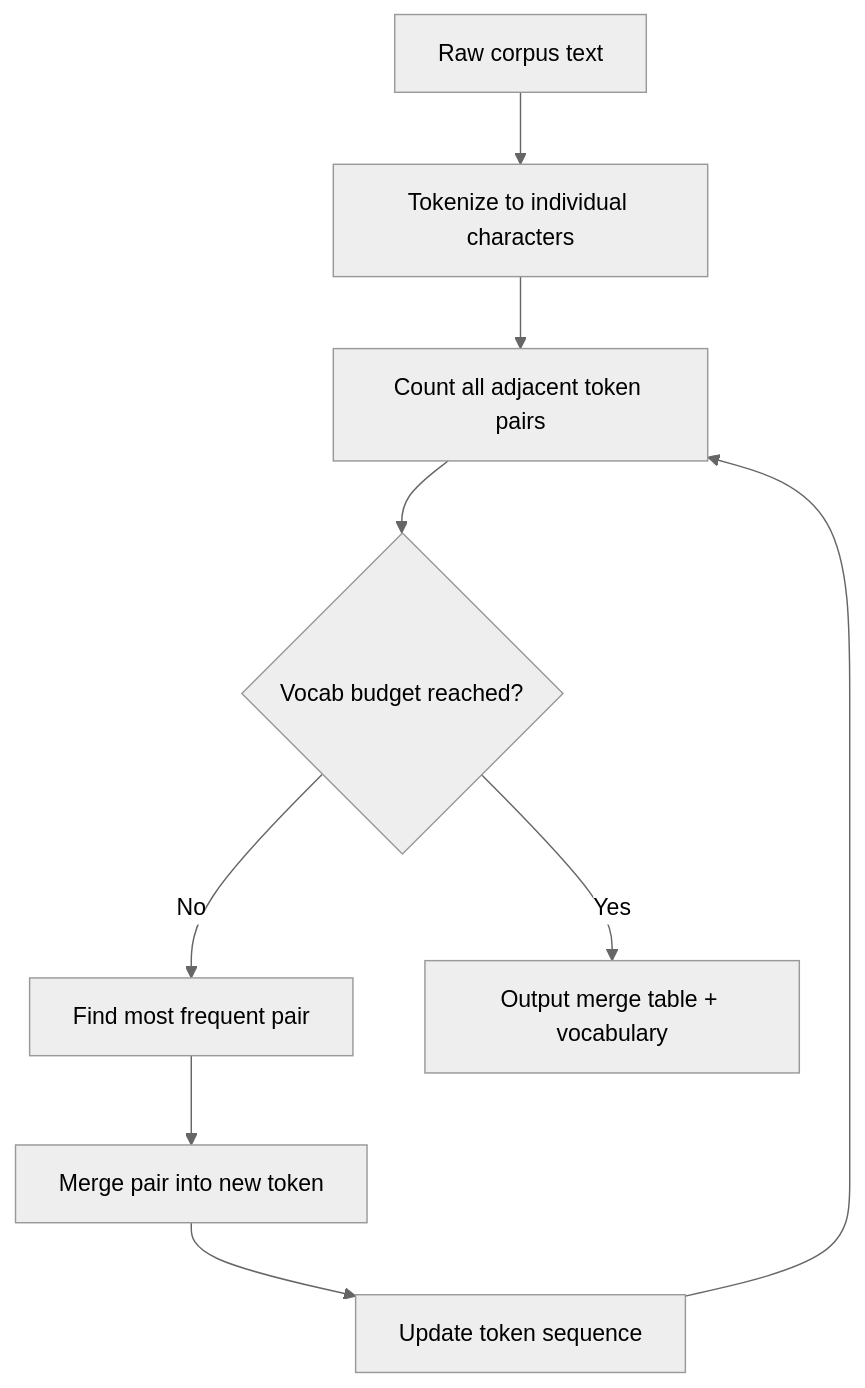
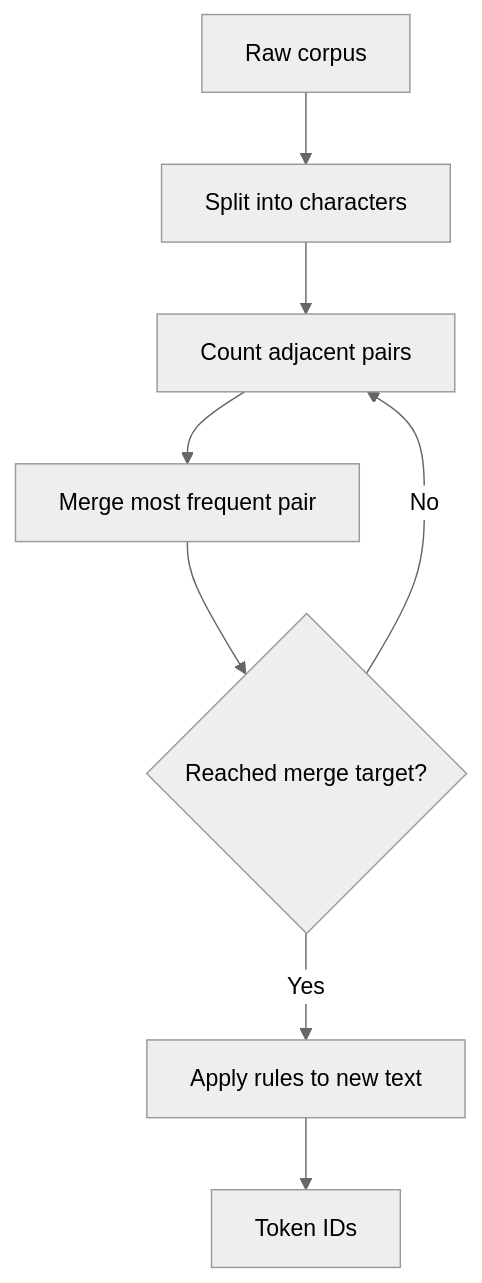
The diagram in stages/02-lesson-injection/output/hybrid-lessons/10-llms-from-scratch/02-building-a-tokenizer/docs/en.md (BlueSkyGTM/full-stack-gtm), drawn with Mermaid (neutral theme) before and after one commit. The commit also changed other lines of this file and 504 other files, not shown here.

````diff
--- a/stages/02-lesson-injection/output/hybrid-lessons/10-llms-from-scratch/02-building-a-tokenizer/docs/en.md
+++ b/stages/02-lesson-injection/output/hybrid-lessons/10-llms-from-scratch/02-building-a-tokenizer/docs/en.md
@@ -36,11 +29,10 @@
 ```mermaid
 flowchart TD
-    A[Raw corpus text] --> B[Tokenize to individual characters]
-    B --> C[Count all adjacent token pairs]
-    C --> D{Vocab budget reached?}
-    D -->|No| E[Find most frequent pair]
-    E --> F[Merge pair into new token]
-    F --> G[Update token sequence]
-    G --> C
-    D -->|Yes| H[Output merge table + vocabulary]
+    A["Raw corpus"] --> B["Split into characters"]
+    B --> C["Count adjacent pairs"]
+    C --> D["Merge most frequent pair"]
+    D --> E{"Reached merge target?"}
+    E -->|No| C
+    E -->|Yes| F["Apply rules to new text"]
+    F --> G["Token IDs"]
 ```
````
